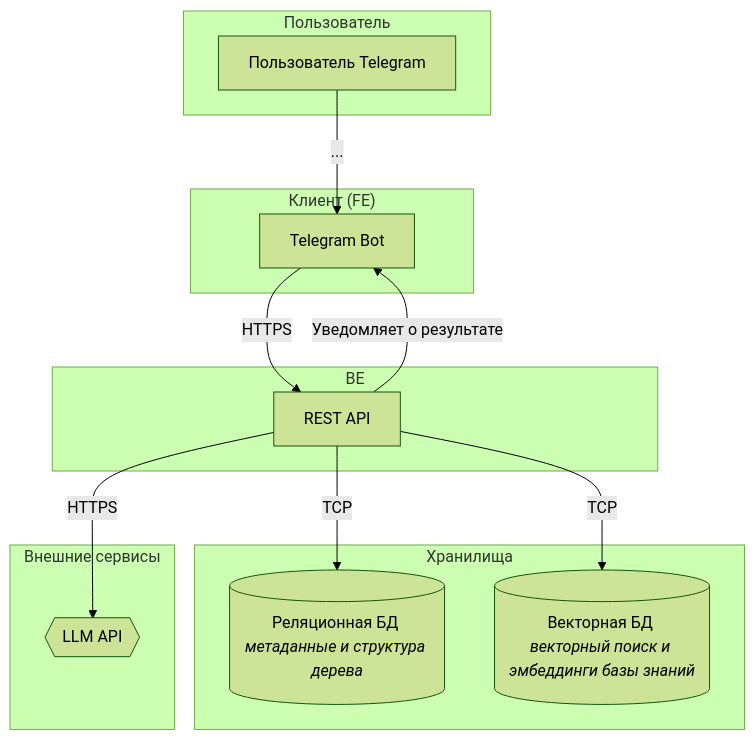
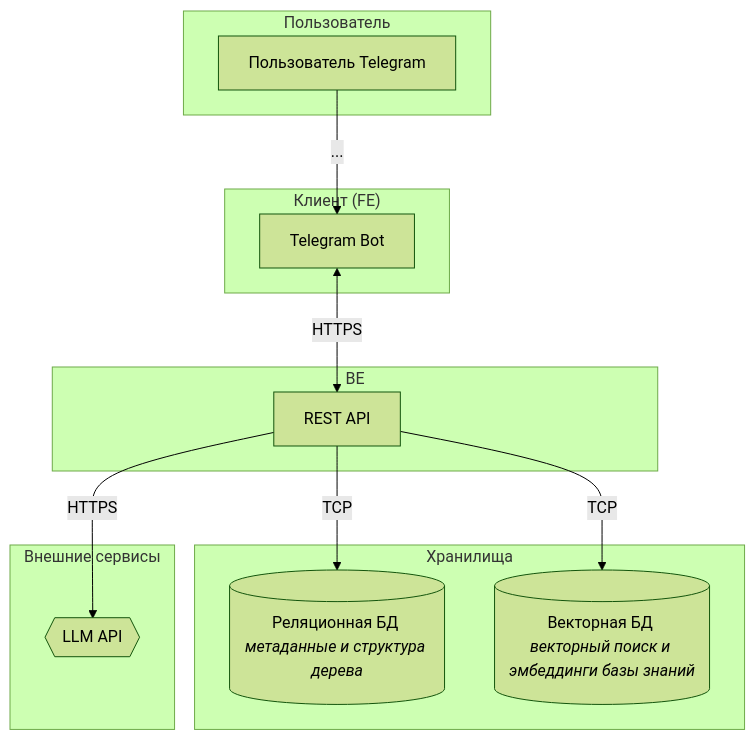
Before and after one commit to patolog123/Analyst-3.0: the diagram in Анастасия_Друзьянова/architect.MD, drawn with Mermaid (forest theme).

````diff
--- a/Анастасия_Друзьянова/architect.MD
+++ b/Анастасия_Друзьянова/architect.MD
@@ -1,31 +1,30 @@
 ```mermaid
 graph TD
     subgraph "Пользователь"
         A[Пользователь Telegram]
     end
 
     subgraph "Клиент (FE)"
         B[Telegram Bot]
     end
 
     subgraph "BE"
         C[REST API]
     end
 
     subgraph "Хранилища"
         D[(Реляционная БД <br><i>метаданные и структура дерева</i>)]
         E[(Векторная БД <br><i>векторный поиск и эмбеддинги базы знаний</i>)]
     end
 
     subgraph "Внешние сервисы"
         H{{LLM API}}
     end
 
     %% Связи между компонентами
     A -- ... --> B
-    B -- HTTPS --> C
+    B <-- HTTPS --> C
     C -- HTTPS --> H
     C -- TCP --> D
     C -- TCP --> E
-    C -- Уведомляет о результате --> B
 ```
````
